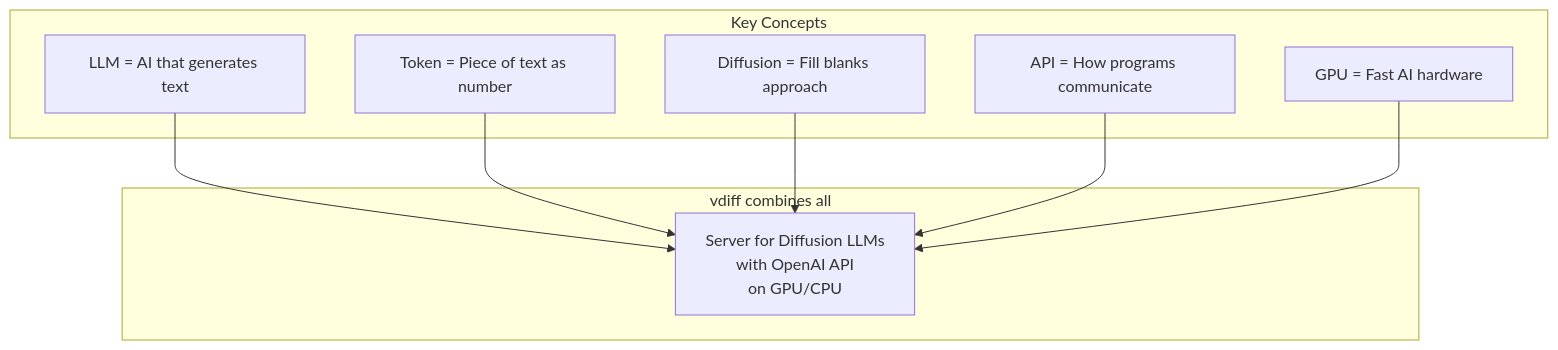
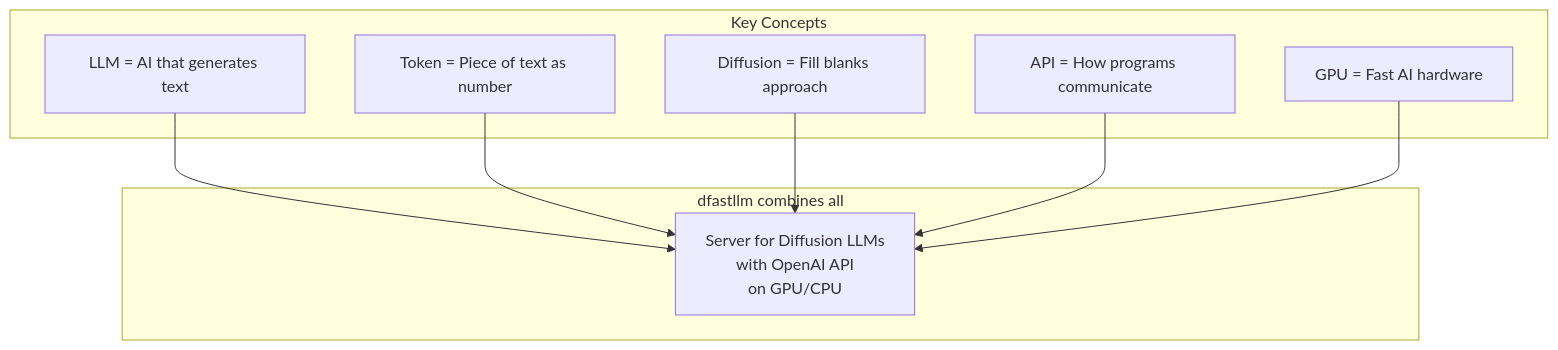
Before and after one commit to mwaykole/vdiff: diagram 13 of 13 in docs/dev-doc/01-concepts.md, drawn with Mermaid. The commit also changed other lines of this file and 53 other files, not shown here.

First line of the commit message:
refactor: Rename all vdiff references to dfastllm

````diff
--- a/docs/dev-doc/01-concepts.md
+++ b/docs/dev-doc/01-concepts.md
@@ -337,20 +337,20 @@
 ```mermaid
 flowchart TB
     subgraph Concepts["Key Concepts"]
         LLM["LLM = AI that generates text"]
         TOKEN["Token = Piece of text as number"]
         DIFF["Diffusion = Fill blanks approach"]
         API["API = How programs communicate"]
         GPU["GPU = Fast AI hardware"]
     end
     
-    subgraph vdiff["vdiff combines all"]
+    subgraph dfastllm["dfastllm combines all"]
         V["Server for Diffusion LLMs<br/>with OpenAI API<br/>on GPU/CPU"]
     end
     
     LLM --> V
     TOKEN --> V
     DIFF --> V
     API --> V
     GPU --> V
 ```
````
